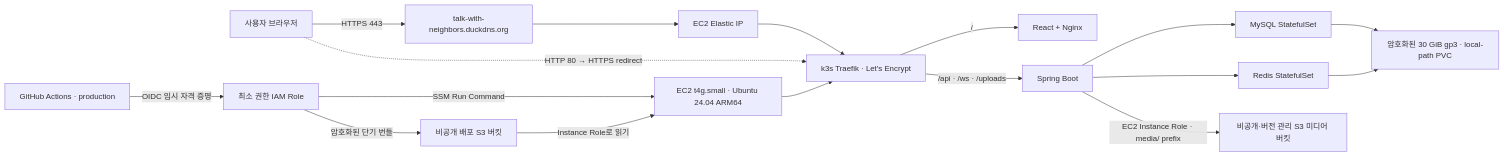
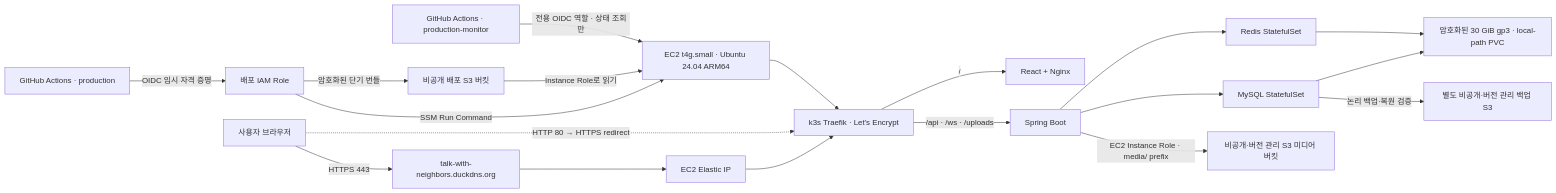
The diagram in docs/deployment/aws-k3s.md (gitUserKHS/talk_with_neighbors_back), drawn with Mermaid before and after one commit. The commit also changed other lines of this file and 63 other files, not shown here.

````diff
--- a/docs/deployment/aws-k3s.md
+++ b/docs/deployment/aws-k3s.md
@@ -11,20 +11,22 @@
 ```mermaid
 flowchart LR
     U["사용자 브라우저"] -->|"HTTPS 443"| DNS["talk-with-neighbors.duckdns.org"]
     DNS --> IP["EC2 Elastic IP"]
     IP --> T["k3s Traefik · Let's Encrypt"]
     U -. "HTTP 80 → HTTPS redirect" .-> T
     T -->|"/"| F["React + Nginx"]
     T -->|"/api · /ws · /uploads"| B["Spring Boot"]
     B --> M["MySQL StatefulSet"]
     B --> R["Redis StatefulSet"]
     M --> E["암호화된 30 GiB gp3 · local-path PVC"]
     R --> E
     B -->|"EC2 Instance Role · media/ prefix"| S3["비공개·버전 관리 S3 미디어 버킷"]
 
-    G["GitHub Actions · production"] -->|"OIDC 임시 자격 증명"| IAM["최소 권한 IAM Role"]
+    G["GitHub Actions · production"] -->|"OIDC 임시 자격 증명"| IAM["배포 IAM Role"]
     IAM -->|"암호화된 단기 번들"| DS3["비공개 배포 S3 버킷"]
     IAM -->|"SSM Run Command"| EC2["EC2 t4g.small · Ubuntu 24.04 ARM64"]
     DS3 -->|"Instance Role로 읽기"| EC2
+    M -->|"논리 백업·복원 검증"| BS3["별도 비공개·버전 관리 백업 S3"]
+    GM["GitHub Actions · production-monitor"] -->|"전용 OIDC 역할 · 상태 조회만"| EC2
     EC2 --> T
 ```
````
